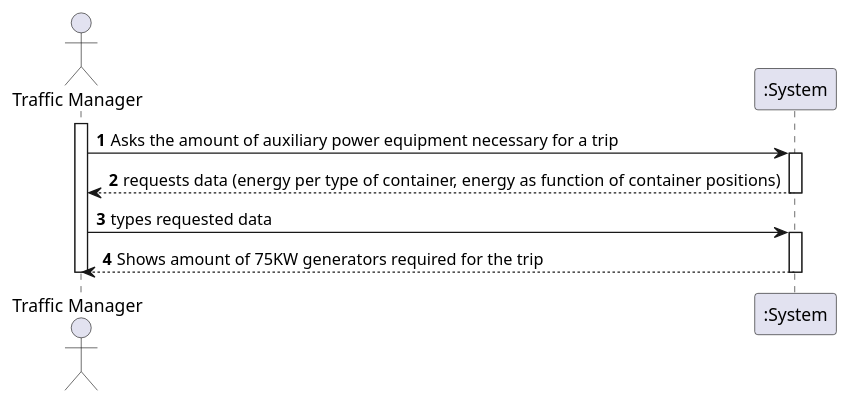
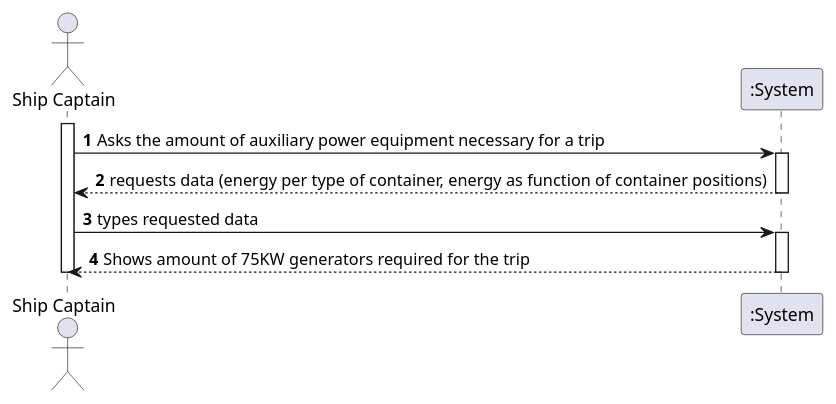
One commit to 1190772/LAB-Project-3 changed the diagram in docs/Sprint 4/US/US415/US415_SSD.puml. Above: the diagram before and after it, drawn with PlantUML. The commit also changed 8 other files, not shown here.

```diff
--- a/docs/Sprint 4/US/US415/US415_SSD.puml
+++ b/docs/Sprint 4/US/US415/US415_SSD.puml
@@ -1,23 +1,23 @@
 @startuml
 'https://plantuml.com/sequence-diagram
 
 autonumber
 
-actor "Traffic Manager" as TM
+actor "Ship Captain" as SP
 
-activate TM
-TM -> ":System" : Asks the amount of auxiliary power equipment necessary for a trip
+activate SP
+SP -> ":System" : Asks the amount of auxiliary power equipment necessary for a trip
 
 activate ":System"
-":System" --> "TM" : requests data (energy per type of container, energy as function of container positions)
+":System" --> "SP" : requests data (energy per type of container, energy as function of container positions)
 deactivate ":System"
 
-TM -> ":System" : types requested data
+SP -> ":System" : types requested data
 
 activate ":System"
-":System" --> "TM" : Shows amount of 75KW generators required for the trip
+":System" --> "SP" : Shows amount of 75KW generators required for the trip
 deactivate ":System"
 
-deactivate TM
+deactivate SP
 
 @enduml
```
